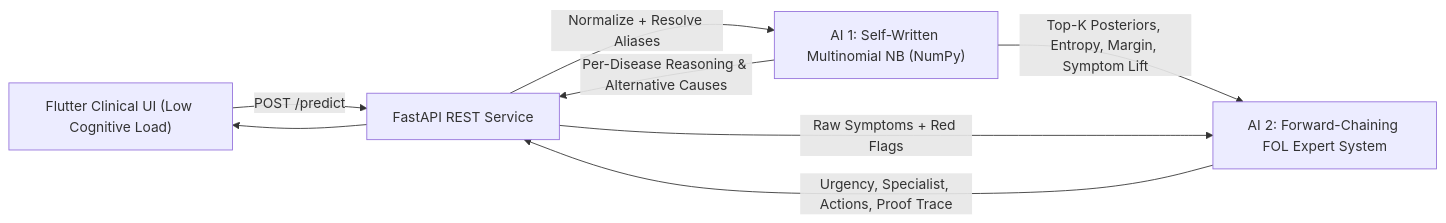
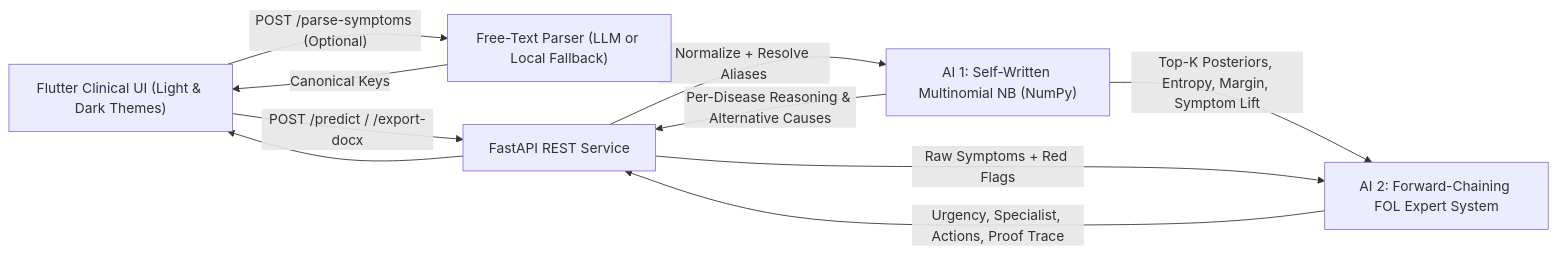
Before and after one commit to abdulhadi19306v10-oss/VitalAI: the diagram in README.md, drawn with Mermaid. The commit also changed other lines of this file and 23 other files, not shown here.

Commit message:
feat: add dark theme, bulk AI symptom translator, Word export, and doctor QoL features

````diff
--- a/README.md
+++ b/README.md
@@ -11,10 +11,12 @@
 ```mermaid
 flowchart LR
-    UI["Flutter Clinical UI (Low Cognitive Load)"] -->|"POST /predict"| API["FastAPI REST Service"]
+    UI["Flutter Clinical UI (Light & Dark Themes)"] -->|"POST /parse-symptoms (Optional)"| PARSER["Free-Text Parser (LLM or Local Fallback)"]
+    PARSER -->|"Canonical Keys"| UI
+    UI -->|"POST /predict / /export-docx"| API["FastAPI REST Service"]
     API -->|"Normalize + Resolve Aliases"| ML["AI 1: Self-Written Multinomial NB (NumPy)"]
     ML -->|"Top-K Posteriors, Entropy, Margin, Symptom Lift"| ES["AI 2: Forward-Chaining FOL Expert System"]
     API -->|"Raw Symptoms + Red Flags"| ES
     ES -->|"Urgency, Specialist, Actions, Proof Trace"| API
     ML -->|"Per-Disease Reasoning & Alternative Causes"| API
     API --> UI
 ```
````
